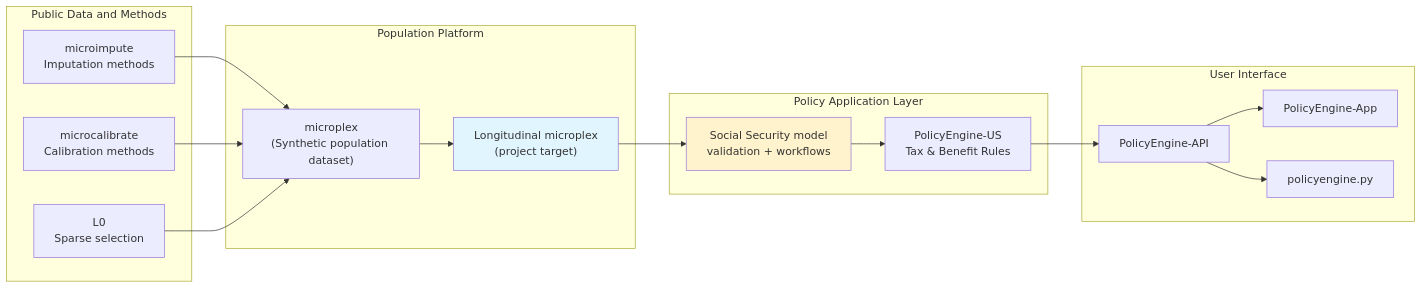
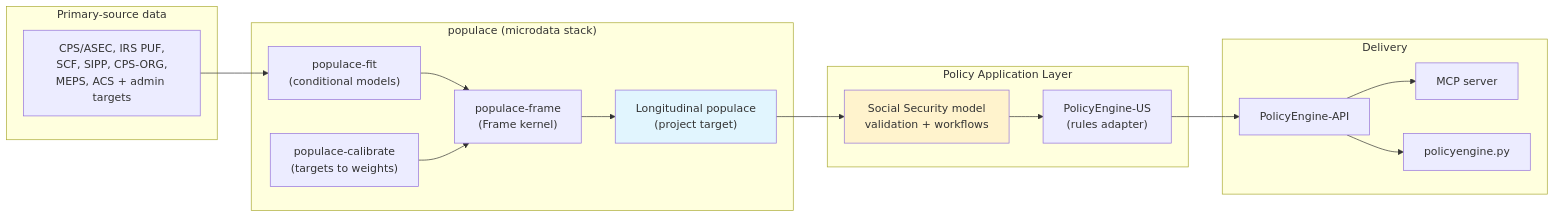
One commit to PolicyEngine/populace-dynamics changed the diagram in docs/infrastructure.md. Above: the diagram before and after it, drawn with Mermaid. The commit also changed other lines of this file and 27 other files, not shown here.

````diff
--- a/docs/infrastructure.md
+++ b/docs/infrastructure.md
@@ -17,37 +18,37 @@
 ```mermaid
 flowchart LR
-    subgraph sources["Public Data and Methods"]
-        MI["microimpute<br/>Imputation methods"]
-        MC["microcalibrate<br/>Calibration methods"]
-        L0["L0<br/>Sparse selection"]
+    subgraph sources["Primary-source data"]
+        SRC["CPS/ASEC, IRS PUF,<br/>SCF, SIPP, CPS-ORG,<br/>MEPS, ACS + admin targets"]
     end
 
-    subgraph population["Population Platform"]
-        MPX["microplex<br/>(Synthetic population dataset)"]
-        LMPX["Longitudinal microplex<br/>(project target)"]
+    subgraph population["populace (microdata stack)"]
+        FRAME["populace-frame<br/>(Frame kernel)"]
+        FIT["populace-fit<br/>(conditional models)"]
+        CAL["populace-calibrate<br/>(targets to weights)"]
+        LMPX["Longitudinal populace<br/>(project target)"]
     end
 
     subgraph application["Policy Application Layer"]
         SSM["Social Security model<br/>validation + workflows"]
-        PEUS["PolicyEngine-US<br/>Tax & Benefit Rules"]
+        PEUS["PolicyEngine-US<br/>(rules adapter)"]
     end
 
-    subgraph interface["User Interface"]
+    subgraph interface["Delivery"]
         API["PolicyEngine-API"]
-        APP["PolicyEngine-App"]
+        MCP["MCP server"]
         PY["policyengine.py"]
     end
 
-    MI --> MPX
-    MC --> MPX
-    L0 --> MPX
-    MPX --> LMPX
+    SRC --> FIT
+    FIT --> FRAME
+    CAL --> FRAME
+    FRAME --> LMPX
     LMPX --> SSM
     SSM --> PEUS
     PEUS --> API
-    API --> APP
+    API --> MCP
     API --> PY
 
     style LMPX fill:#e1f5fe
     style SSM fill:#fff3cd
 ```
````
